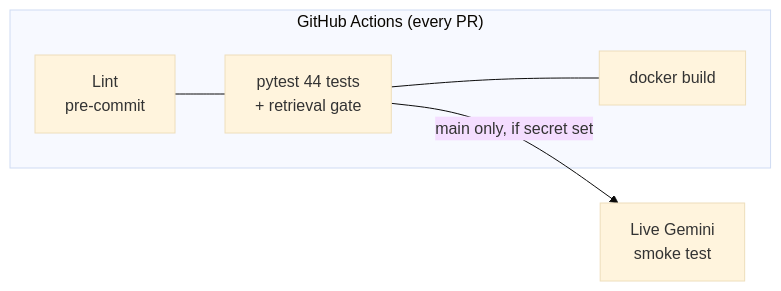
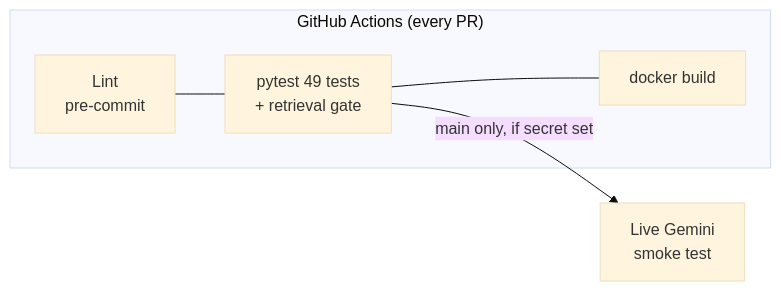
Before and after one commit to sgaind-data/metricmedic-chatbot: the second of 2 diagrams in README.md, drawn with Mermaid (base theme). The commit also changed other lines of this file and 1 other file, not shown here.

````diff
--- a/README.md
+++ b/README.md
@@ -74,7 +74,7 @@
 ```mermaid
 flowchart LR
     subgraph CI["GitHub Actions (every PR)"]
-        L[Lint<br/>pre-commit] --- T[pytest 44 tests<br/>+ retrieval gate] --- D[docker build]
+        L[Lint<br/>pre-commit] --- T[pytest 49 tests<br/>+ retrieval gate] --- D[docker build]
     end
     T -- main only, if secret set --> S[Live Gemini<br/>smoke test]
 ```
````
